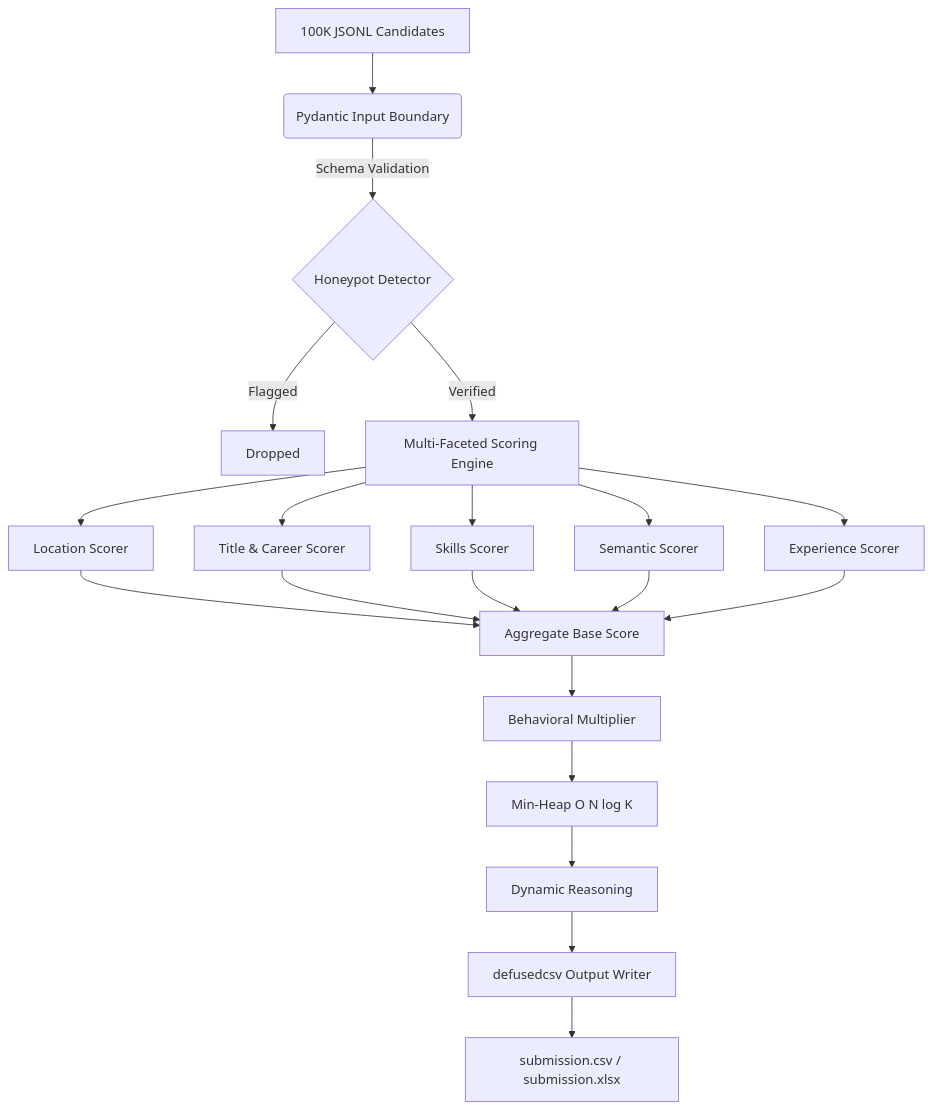
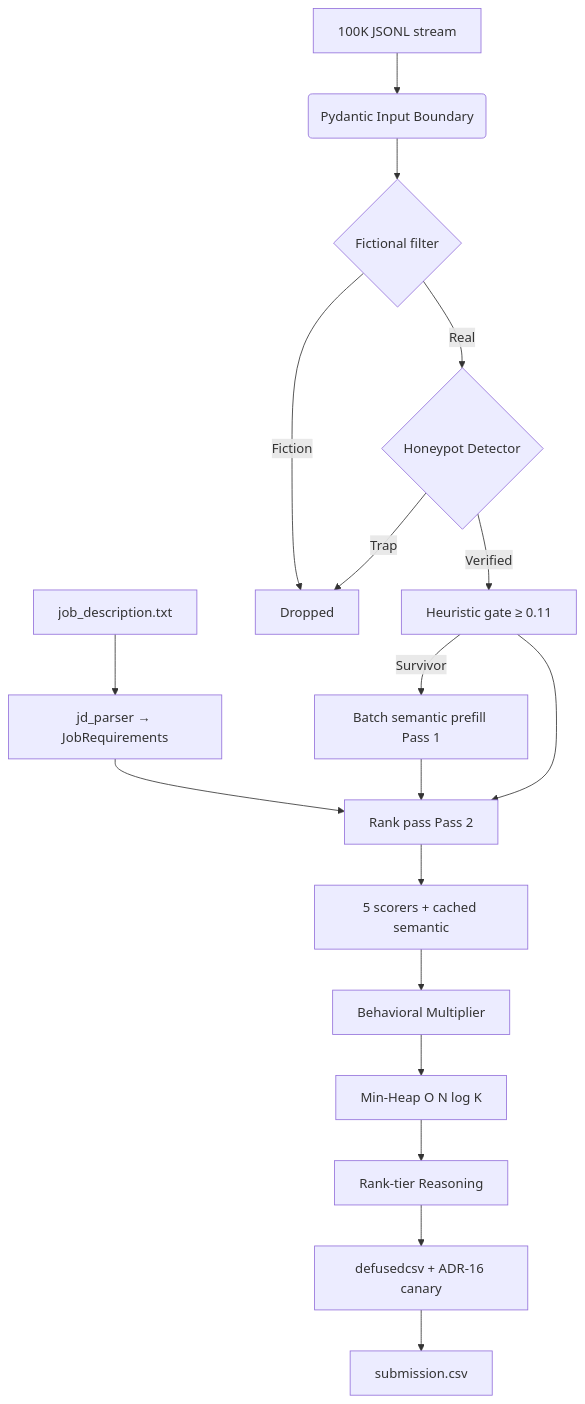
Before and after one commit to GunaPalanivel/Avera: the diagram in docs/explanation/architecture.md, drawn with Mermaid. The commit also changed other lines of this file and 12 other files, not shown here.

````diff
--- a/docs/explanation/architecture.md
+++ b/docs/explanation/architecture.md
@@ -9,18 +19,20 @@
 ```mermaid
 graph TD
-    A[100K JSONL Candidates] --> B(Pydantic Input Boundary)
-    B -->|Schema Validation| C{Honeypot Detector}
-    C -->|Flagged| D[Dropped]
-    C -->|Verified| E[Multi-Faceted Scoring Engine]
-    E --> F[Location Scorer]
-    E --> G[Title & Career Scorer]
-    E --> H[Skills Scorer]
-    E --> I[Semantic Scorer]
-    E --> X[Experience Scorer]
-    F & G & H & I & X --> Y[Aggregate Base Score]
-    Y --> Z[Behavioral Multiplier]
-    Z --> J[Min-Heap O N log K]
-    J --> K[Dynamic Reasoning]
-    K --> L[defusedcsv Output Writer]
-    L --> M[submission.csv / submission.xlsx]
+    JD[job_description.txt] --> JP[jd_parser → JobRequirements]
+    A[100K JSONL stream] --> B(Pydantic Input Boundary)
+    B --> C{Fictional filter}
+    C -->|Fiction| D[Dropped]
+    C -->|Real| E{Honeypot Detector}
+    E -->|Trap| D
+    E -->|Verified| F[Heuristic gate ≥ 0.11]
+    F -->|Survivor| G[Batch semantic prefill Pass 1]
+    F --> H[Rank pass Pass 2]
+    G --> H
+  JP --> H
+    H --> I[5 scorers + cached semantic]
+    I --> J[Behavioral Multiplier]
+    J --> K[Min-Heap O N log K]
+    K --> L[Rank-tier Reasoning]
+    L --> M[defusedcsv + ADR-16 canary]
+    M --> N[submission.csv]
 ```
````
